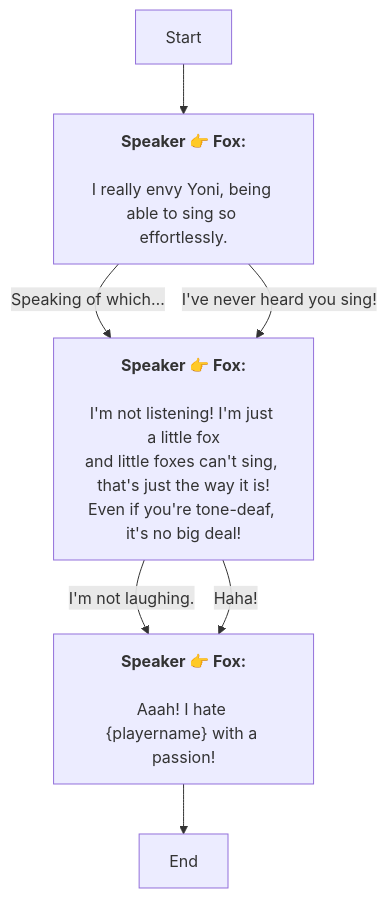
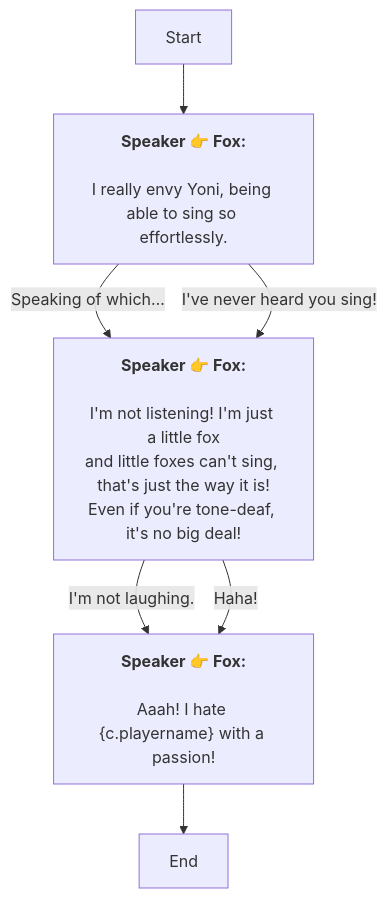
Before and after one commit to SoftHu/tos_avg: the diagram in En/AddDialogNode_1739771490867620.md, drawn with Mermaid. The commit also changed 410 other files, not shown here.

````diff
--- a/En/AddDialogNode_1739771490867620.md
+++ b/En/AddDialogNode_1739771490867620.md
@@ -1,17 +1,17 @@
 ```mermaid
 graph
 Start -->1739771553894823[<b>Speaker 👉 Fox:</b>
 \nI really envy Yoni, being able to sing so effortlessly.]
 1739771553894823 -->|Speaking of which…|1739773216019886[<b>Speaker 👉 Fox:</b>
 \nI'm not listening! I'm just a little fox
 and little foxes can't sing, that's just the way it is!\nEven if you're tone-deaf, it's no big deal!]
 1739771553894823 -->|I've never heard you sing!|1739773216019886[<b>Speaker 👉 Fox:</b>
 \nI'm not listening! I'm just a little fox
 and little foxes can't sing, that's just the way it is!\nEven if you're tone-deaf, it's no big deal!]
 1739773216019886 -->|I'm not laughing.|1739774124962228[<b>Speaker 👉 Fox:</b>
-\nAaah! I hate &lbrace;playername&rbrace; with a passion!]
+\nAaah! I hate &lbrace;c.playername&rbrace; with a passion!]
 1739773216019886 -->|Haha!|1739774124962228[<b>Speaker 👉 Fox:</b>
-\nAaah! I hate &lbrace;playername&rbrace; with a passion!]
+\nAaah! I hate &lbrace;c.playername&rbrace; with a passion!]
 1739774124962228 -->1739774309007797[End]
 
 ```
````
